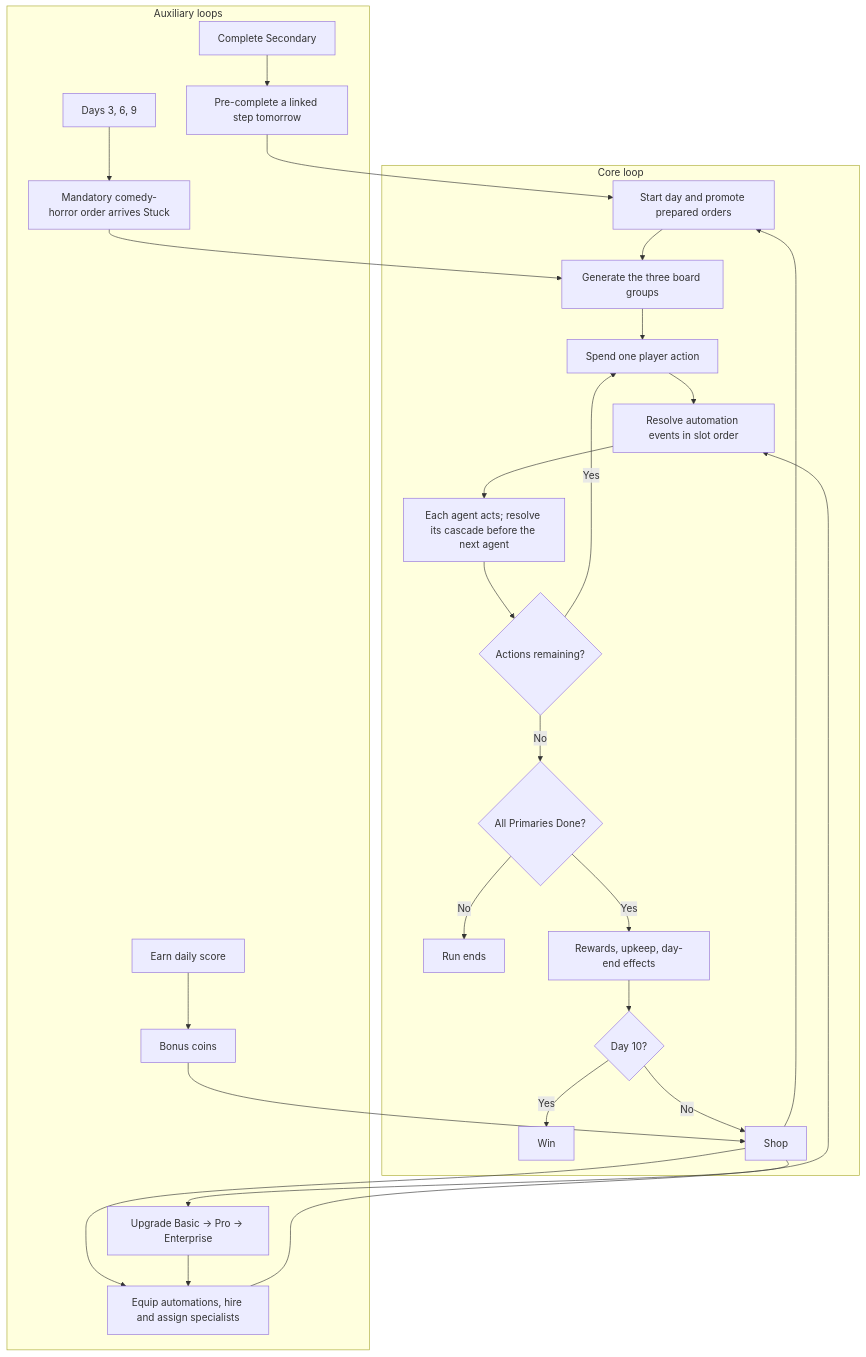
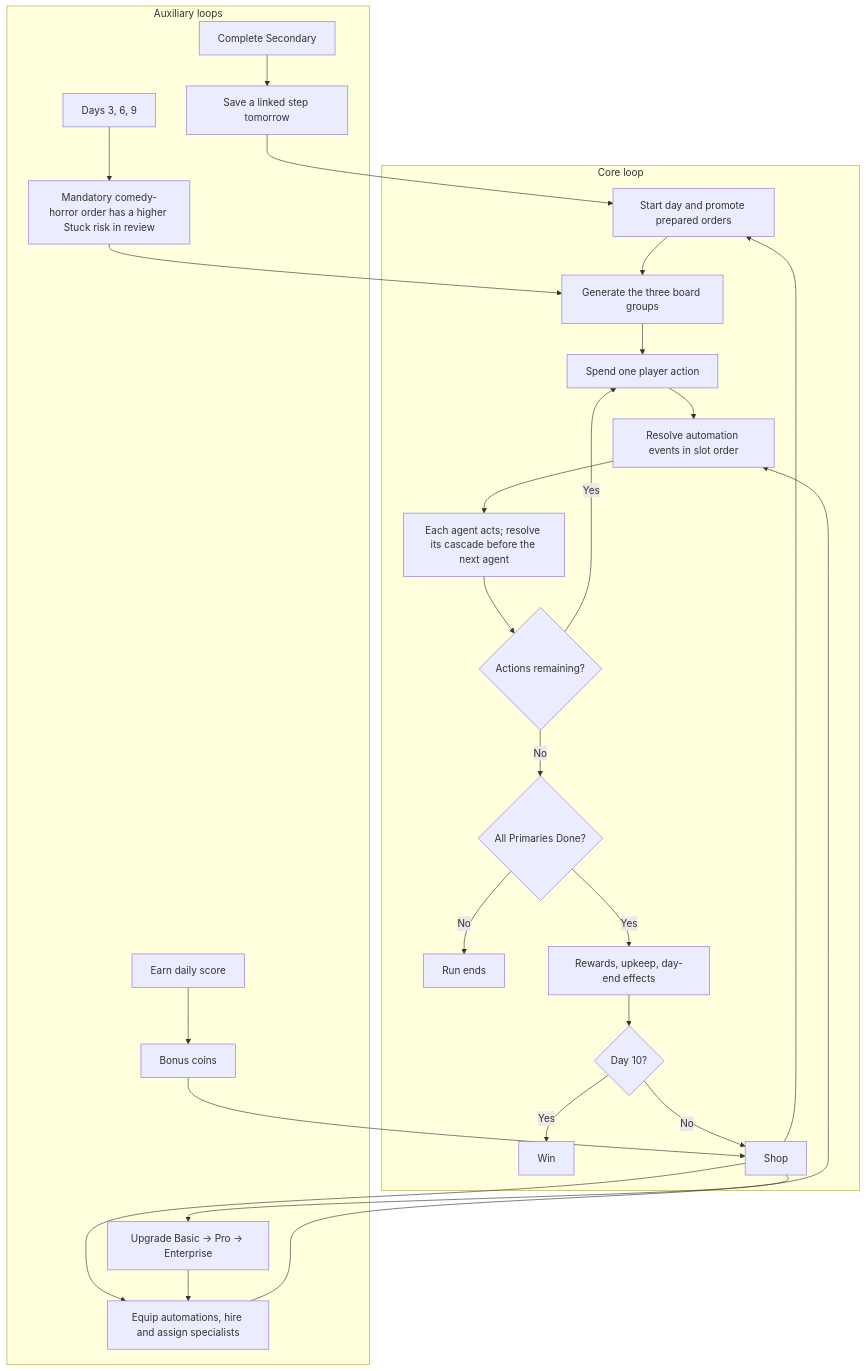
One commit to OrrSegevPersonal/monday-all-aboard-game changed the diagram in plan/implementation.md. Above: the diagram before and after it, drawn with Mermaid. The commit also changed other lines of this file and 3 other files, not shown here.

````diff
--- a/plan/implementation.md
+++ b/plan/implementation.md
@@ -9,30 +11,30 @@
 ```mermaid
 flowchart TB
   subgraph Core[Core loop]
     A[Start day and promote prepared orders] --> B[Generate the three board groups]
     B --> C[Spend one player action]
     C --> D[Resolve automation events in slot order]
     D --> E[Each agent acts; resolve its cascade before the next agent]
     E --> F{Actions remaining?}
     F -- Yes --> C
     F -- No --> G{All Primaries Done?}
     G -- No --> H[Run ends]
     G -- Yes --> I[Rewards, upkeep, day-end effects]
     I --> J{Day 10?}
     J -- Yes --> K[Win]
     J -- No --> L[Shop]
     L --> A
   end
   subgraph Auxiliary[Auxiliary loops]
-    M[Complete Secondary] --> N[Pre-complete a linked step tomorrow]
+    M[Complete Secondary] --> N[Save a linked step tomorrow]
     N --> A
     O[Earn daily score] --> P[Bonus coins]
     P --> L
     L --> Q[Equip automations, hire and assign specialists]
     Q --> D
     L --> R[Upgrade Basic → Pro → Enterprise]
     R --> Q
-    S[Days 3, 6, 9] --> T[Mandatory comedy-horror order arrives Stuck]
+    S[Days 3, 6, 9] --> T[Mandatory comedy-horror order has a higher Stuck risk in review]
     T --> B
   end
 ```
````
